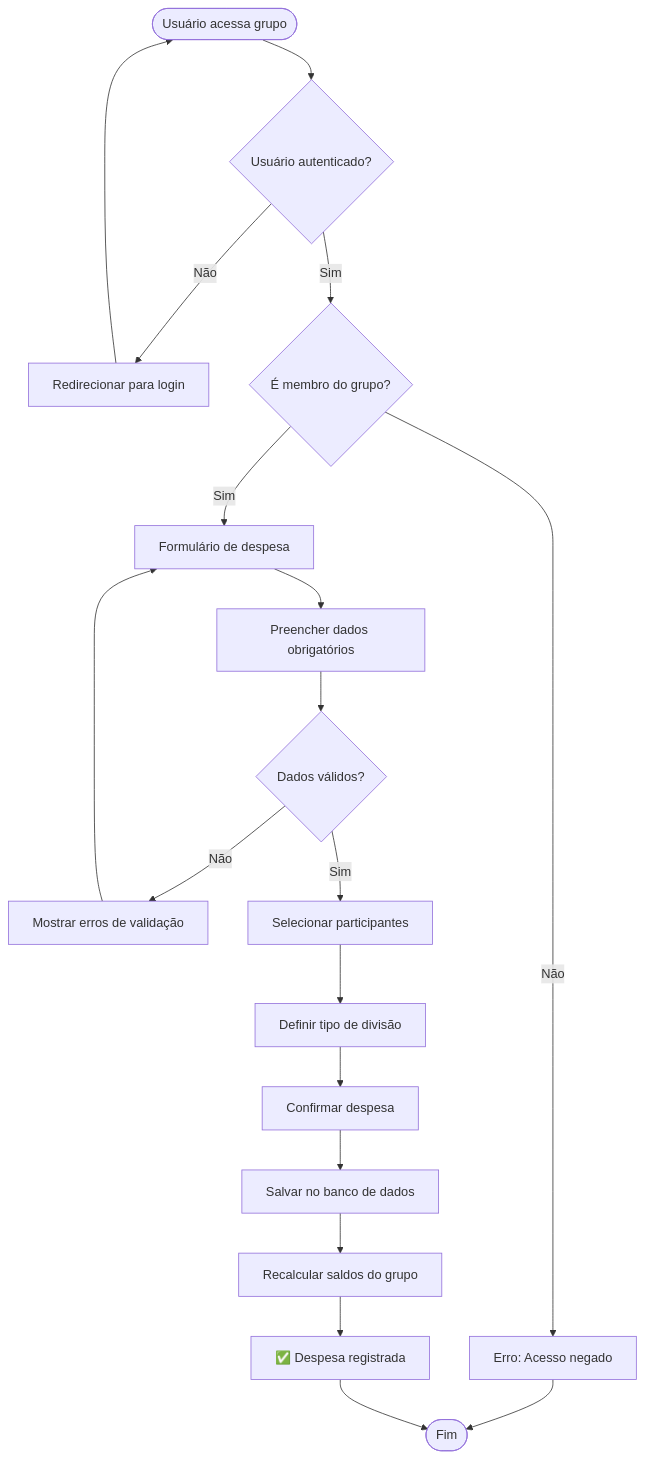
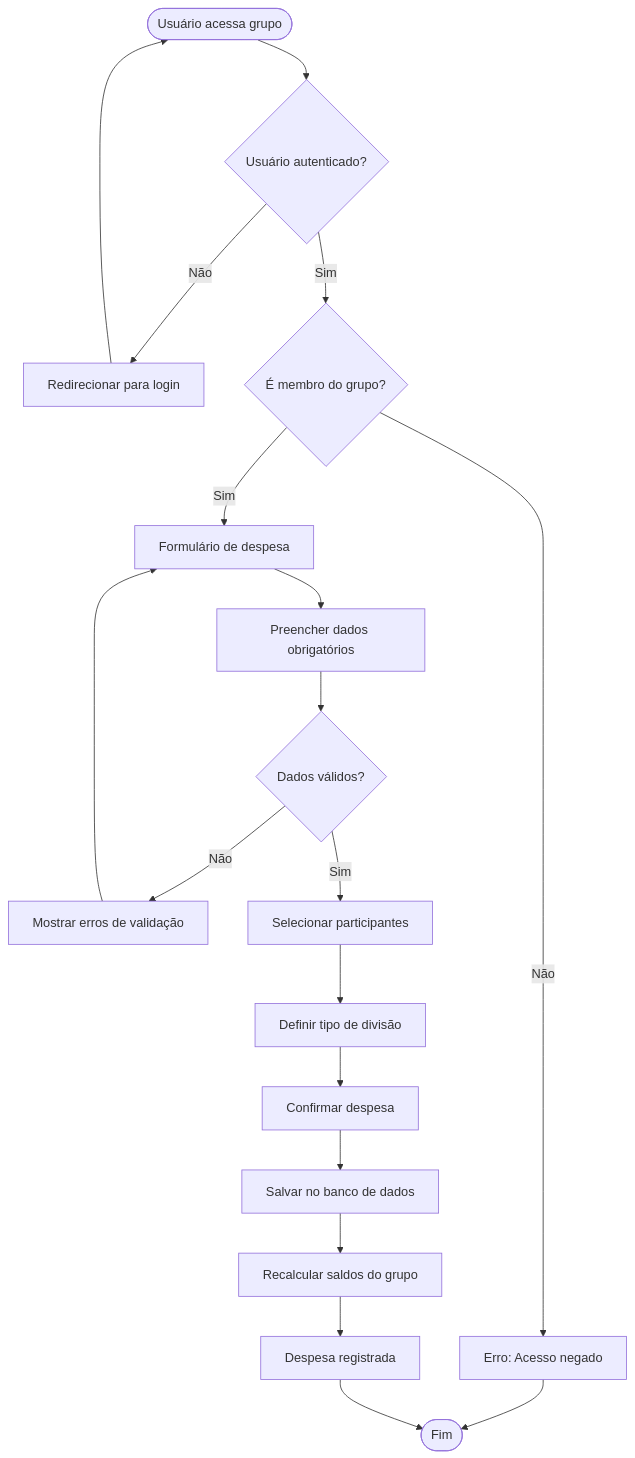
The fifth of 8 diagrams in docs/project/diagrams.md (Finboostplus/finboostplus-app), drawn with Mermaid before and after one commit. The commit also changed other lines of this file and 21 other files, not shown here.

````diff
--- a/docs/project/diagrams.md
+++ b/docs/project/diagrams.md
@@ -321,25 +290,21 @@
 ```mermaid
 flowchart TD
     Start([Usuário acessa grupo]) --> Auth{Usuário autenticado?}
     Auth -->|Não| Login[Redirecionar para login]
     Auth -->|Sim| Member{É membro do grupo?}
     Member -->|Não| Error[Erro: Acesso negado]
     Member -->|Sim| Form[Formulário de despesa]
-    
     Form --> Fill[Preencher dados obrigatórios]
     Fill --> Validate{Dados válidos?}
     Validate -->|Não| FormError[Mostrar erros de validação]
     FormError --> Form
-    
     Validate -->|Sim| Select[Selecionar participantes]
     Select --> Split[Definir tipo de divisão]
     Split --> Confirm[Confirmar despesa]
-    
     Confirm --> Save[Salvar no banco de dados]
     Save --> CalcBalance[Recalcular saldos do grupo]
-    CalcBalance --> Success[✅ Despesa registrada]
-    
+    CalcBalance --> Success[Despesa registrada]
     Login --> Start
     Error --> End([Fim])
     Success --> End
 ```
````
